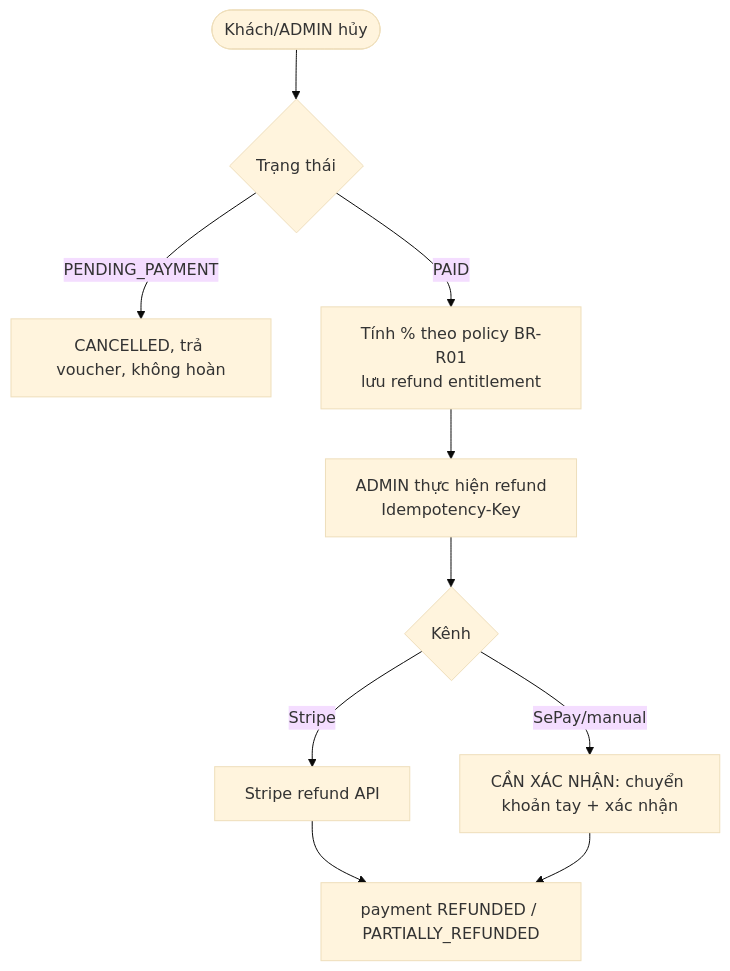
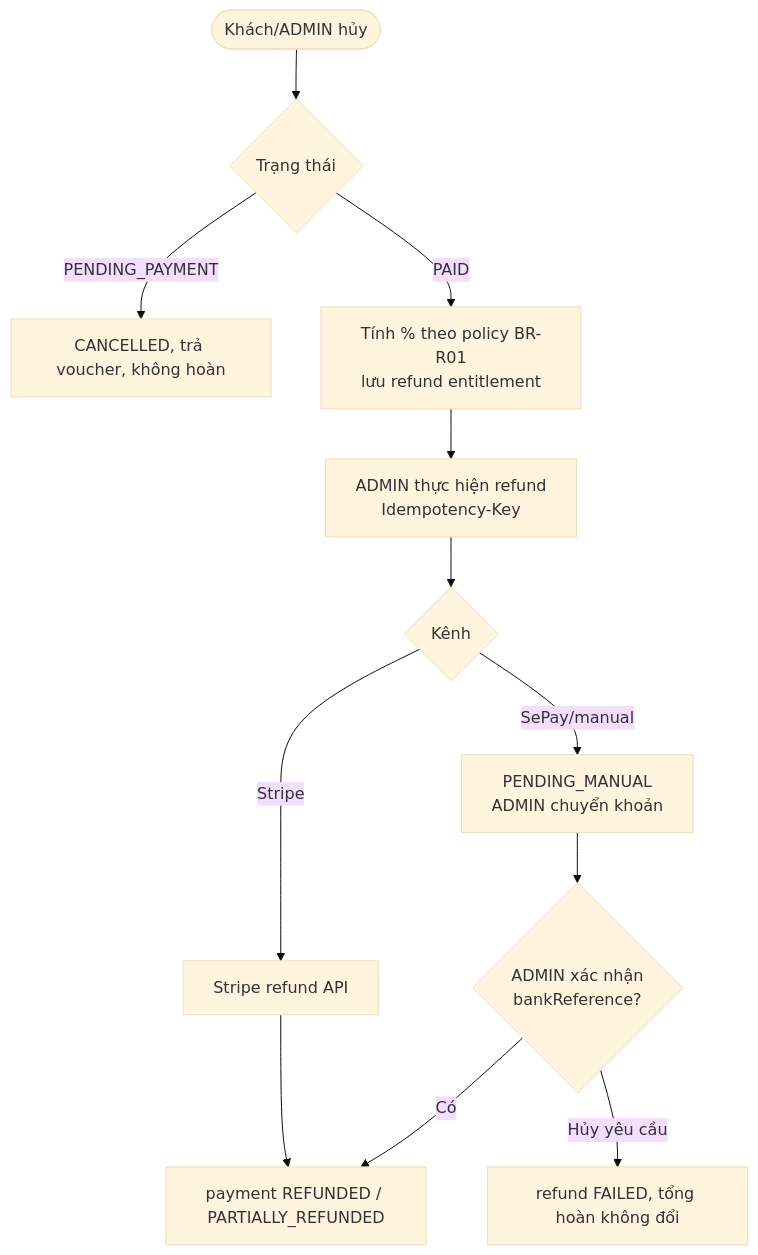
One commit to nhutruong47/hotel changed the third of 4 diagrams in docs/business/business-analysis.md. Above: the diagram before and after it, drawn with Mermaid (base theme). The commit also changed other lines of this file and 9 other files, not shown here.

First line of the commit message:
docs(p1): ADR-0009 business policy decisions, P1 release notes, updated risk/debt/roadmap

````diff
--- a/docs/business/business-analysis.md
+++ b/docs/business/business-analysis.md
@@ -192,12 +195,14 @@
 ```mermaid
 flowchart TD
     R([Khách/ADMIN hủy]) --> ST{Trạng thái}
     ST -- PENDING_PAYMENT --> X1[CANCELLED, trả voucher, không hoàn]
     ST -- PAID --> POL[Tính % theo policy BR-R01<br/>lưu refund entitlement]
     POL --> ADM[ADMIN thực hiện refund<br/>Idempotency-Key]
     ADM --> G{Kênh}
     G -- Stripe --> SR[Stripe refund API]
-    G -- SePay/manual --> MR[CẦN XÁC NHẬN: chuyển khoản tay + xác nhận]
+    G -- SePay/manual --> MR[PENDING_MANUAL<br/>ADMIN chuyển khoản]
+    MR --> CF{ADMIN xác nhận<br/>bankReference?}
+    CF -- Có --> OK
+    CF -- Hủy yêu cầu --> RF[refund FAILED, tổng hoàn không đổi]
     SR --> OK[payment REFUNDED / PARTIALLY_REFUNDED]
-    MR --> OK
 ```
````
